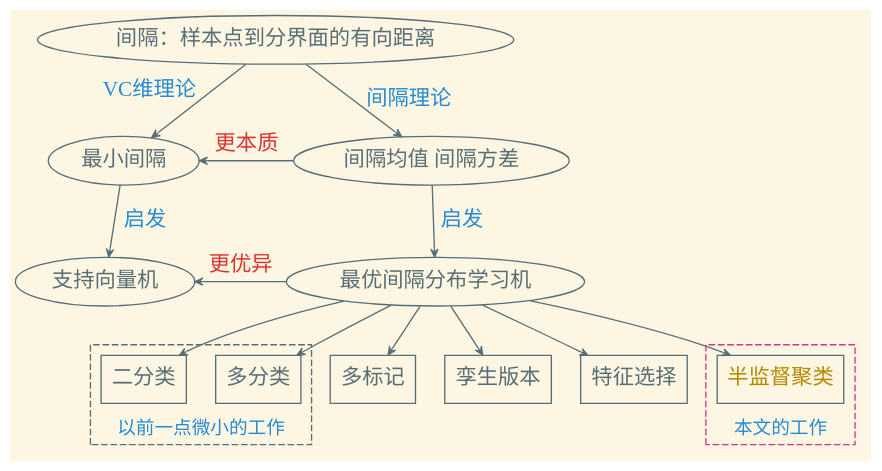
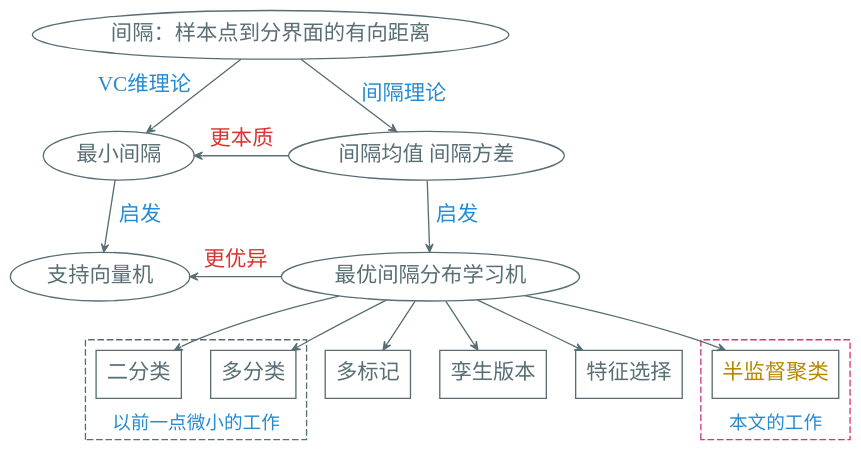
The diagram in dot/odm-review-ccml.dot (Avanti1980/presentation), drawn with Graphviz before and after one commit. The commit also changed 36 other files, not shown here.

```diff
--- a/dot/odm-review-ccml.dot
+++ b/dot/odm-review-ccml.dot
@@ -1,52 +1,51 @@
 digraph g {
-graph [nodesep=0.3 ranksep=0.5]
-style=filled
-bgcolor="#fdf6e3"
+    graph [nodesep=0.3 ranksep=0.5]
+    bgcolor="transparent"
 
-node [shape=ellipse color="#586e75" fontcolor="#586e75" fontsize=16 fontname="EBG,fzlz"]
-edge [arrowhead=vee color="#586e75" fontcolor="#268bd2" fontsize=16 fontname="EBG,fzlz" arrowsize=0.6]
+    node [shape=ellipse color="#586e75" fontcolor="#586e75" fontsize=16 fontname="EBG,fzlz"]
+    edge [arrowhead=vee color="#586e75" fontcolor="#268bd2" fontsize=16 fontname="EBG,fzlz" arrowsize=0.6]
 
-间隔：样本点到分界面的有向距离 -> 最小间隔 [headlabel="VC维理论" labeldistance=3.5 labelangle=55]
-间隔：样本点到分界面的有向距离 -> "间隔均值 间隔方差" [label="间隔理论"]
+    间隔：样本点到分界面的有向距离 -> 最小间隔 [headlabel="VC维理论" labeldistance=3.5 labelangle=55]
+    间隔：样本点到分界面的有向距离 -> "间隔均值 间隔方差" [label="间隔理论"]
 
-最小间隔 -> 支持向量机 [label="  启发"]
+    最小间隔 -> 支持向量机 [label="  启发"]
 
-node [fontcolor="#586e75"]
+    node [fontcolor="#586e75"]
 
-"间隔均值 间隔方差" -> 最优间隔分布学习机 [label="  启发"]
+    "间隔均值 间隔方差" -> 最优间隔分布学习机 [label="  启发"]
 
-edge [fontcolor="#dc322f"]
+    edge [fontcolor="#dc322f"]
 
-"间隔均值 间隔方差" -> 最小间隔 [label="更本质" constraint=false]
+    "间隔均值 间隔方差" -> 最小间隔 [label="更本质" constraint=false]
 
-最优间隔分布学习机 -> 支持向量机 [label="更优异" constraint=false]
+    最优间隔分布学习机 -> 支持向量机 [label="更优异" constraint=false]
 
-node [shape=box]
+    node [shape=box]
 
-最优间隔分布学习机 -> {二分类 多分类}
+    最优间隔分布学习机 -> {二分类 多分类}
 
-subgraph cluster_1 {
-    label="以前一点微小的工作"
-    fontname="EBG,fzlz"
-    color="#586e75"
-    fontcolor="#268bd2"
-    style="dashed"
-    labelloc="b"
-    二分类 多分类
+    subgraph cluster_1 {
+        label="以前一点微小的工作"
+        fontname="EBG,fzlz"
+        color="#586e75"
+        fontcolor="#268bd2"
+        style="dashed"
+        labelloc="b"
+        二分类 多分类
+    }
+
+    最优间隔分布学习机 -> {多标记 孪生版本 特征选择}
+
+    node [fontcolor="#b58900"]
+    subgraph cluster_2 {
+        label="本文的工作"
+        fontname="EBG,fzlz"
+        color="#d33682"
+        fontcolor="#268bd2"
+        style="dashed"
+        labelloc="b"
+        半监督聚类
+    }
+
+    最优间隔分布学习机 -> 半监督聚类
 }
-
-最优间隔分布学习机 -> {多标记 孪生版本 特征选择}
-
-node [fontcolor="#b58900"]
-subgraph cluster_2 {
-    label="本文的工作"
-    fontname="EBG,fzlz"
-    color="#d33682"
-    fontcolor="#268bd2"
-    style="dashed"
-    labelloc="b"
-    半监督聚类
-}
-
-最优间隔分布学习机 -> 半监督聚类
-}
```
